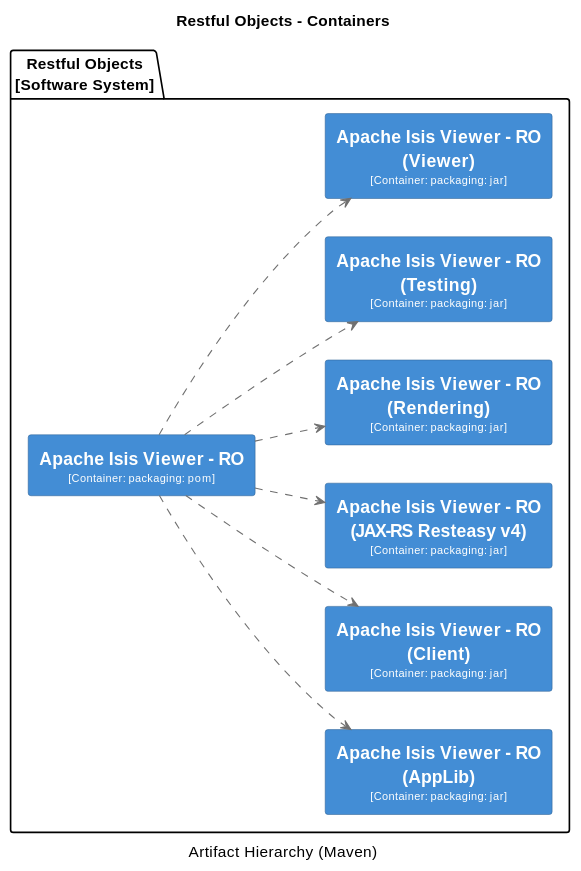
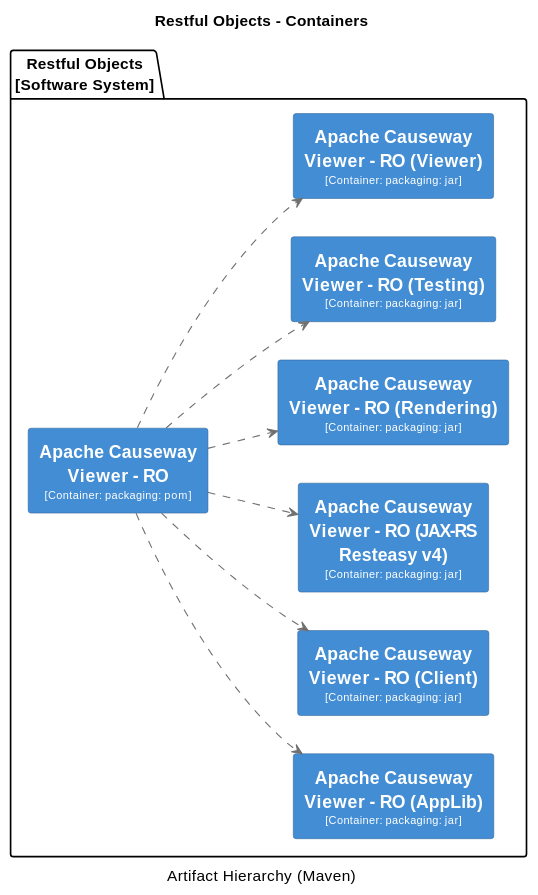
Diagram 16 of 32 in core/adoc/modules/_overview/pages/about.adoc (apache/causeway), drawn with PlantUML before and after one commit. The commit also changed other lines of this file and 398 other files, not shown here.

```diff
--- a/core/adoc/modules/_overview/pages/about.adoc
+++ b/core/adoc/modules/_overview/pages/about.adoc
@@ -2867,67 +2867,67 @@
 [plantuml,Restful Objects,svg]
 ----
 @startuml(id=Restful_Objects)
 title Restful Objects - Containers
 caption Artifact Hierarchy (Maven)
 
 skinparam {
   shadowing false
   arrowFontSize 10
   defaultTextAlignment center
   wrapWidth 200
   maxMessageSize 100
 }
 hide stereotype
 left to right direction
 skinparam rectangle<<2>> {
   BackgroundColor #438dd5
   FontColor #fffffe
   BorderColor #2E6295
 }
 skinparam rectangle<<3>> {
   BackgroundColor #438dd5
   FontColor #fffffe
   BorderColor #2E6295
 }
 skinparam rectangle<<4>> {
   BackgroundColor #438dd5
   FontColor #fffffe
   BorderColor #2E6295
 }
 skinparam rectangle<<5>> {
   BackgroundColor #438dd5
   FontColor #fffffe
   BorderColor #2E6295
 }
 skinparam rectangle<<6>> {
   BackgroundColor #438dd5
   FontColor #fffffe
   BorderColor #2E6295
 }
 skinparam rectangle<<7>> {
   BackgroundColor #438dd5
   FontColor #fffffe
   BorderColor #2E6295
 }
 skinparam rectangle<<8>> {
   BackgroundColor #438dd5
   FontColor #fffffe
   BorderColor #2E6295
 }
 package "Restful Objects\n[Software System]" {
-  rectangle "==Apache Isis Viewer - RO\n<size:10>[Container: packaging: pom]</size>" <<2>> as 2
-  rectangle "==Apache Isis Viewer - RO (AppLib)\n<size:10>[Container: packaging: jar]</size>" <<3>> as 3
-  rectangle "==Apache Isis Viewer - RO (Client)\n<size:10>[Container: packaging: jar]</size>" <<4>> as 4
-  rectangle "==Apache Isis Viewer - RO (JAX-RS Resteasy v4)\n<size:10>[Container: packaging: jar]</size>" <<5>> as 5
-  rectangle "==Apache Isis Viewer - RO (Rendering)\n<size:10>[Container: packaging: jar]</size>" <<6>> as 6
-  rectangle "==Apache Isis Viewer - RO (Testing)\n<size:10>[Container: packaging: jar]</size>" <<7>> as 7
-  rectangle "==Apache Isis Viewer - RO (Viewer)\n<size:10>[Container: packaging: jar]</size>" <<8>> as 8
+  rectangle "==Apache Causeway Viewer - RO\n<size:10>[Container: packaging: pom]</size>" <<2>> as 2
+  rectangle "==Apache Causeway Viewer - RO (AppLib)\n<size:10>[Container: packaging: jar]</size>" <<3>> as 3
+  rectangle "==Apache Causeway Viewer - RO (Client)\n<size:10>[Container: packaging: jar]</size>" <<4>> as 4
+  rectangle "==Apache Causeway Viewer - RO (JAX-RS Resteasy v4)\n<size:10>[Container: packaging: jar]</size>" <<5>> as 5
+  rectangle "==Apache Causeway Viewer - RO (Rendering)\n<size:10>[Container: packaging: jar]</size>" <<6>> as 6
+  rectangle "==Apache Causeway Viewer - RO (Testing)\n<size:10>[Container: packaging: jar]</size>" <<7>> as 7
+  rectangle "==Apache Causeway Viewer - RO (Viewer)\n<size:10>[Container: packaging: jar]</size>" <<8>> as 8
 }
 2 .[#707070].> 3 : ""
 2 .[#707070].> 4 : ""
 2 .[#707070].> 5 : ""
 2 .[#707070].> 6 : ""
 2 .[#707070].> 7 : ""
 2 .[#707070].> 8 : ""
 @enduml
 ----
```
